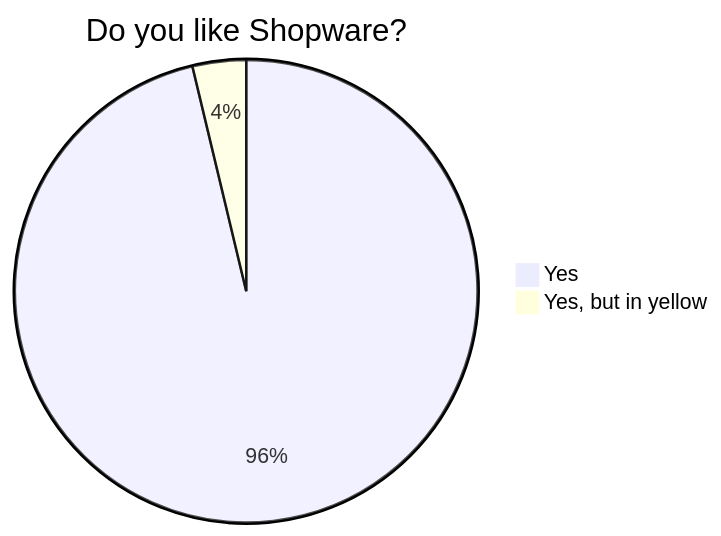
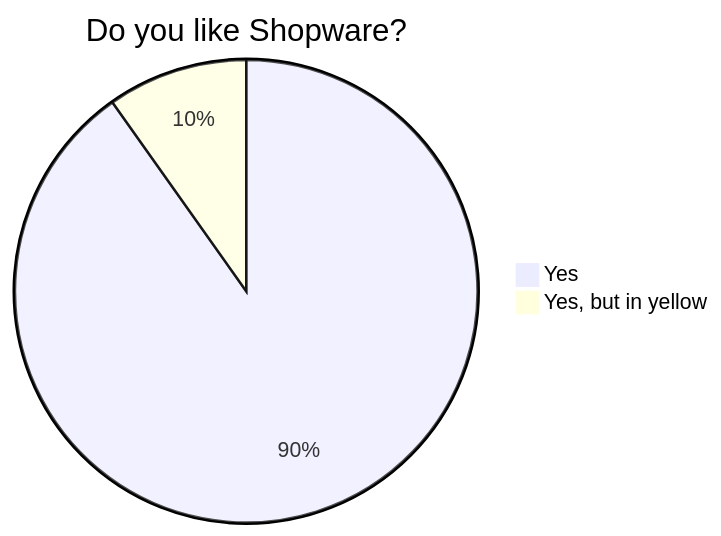
Before and after one commit to shopware/developer-documentation-vitepress: the second of 2 diagrams in FEATURES.md, drawn with Mermaid. The commit also changed other lines of this file and 1 other file, not shown here.

````diff
--- a/FEATURES.md
+++ b/FEATURES.md
@@ -81,5 +90,5 @@
 ```mermaid
 pie title Do you like Shopware?
     "Yes" : 386
-    "Yes, but in yellow" : 15
+    "Yes, but in yellow" : 42
 ```
````
